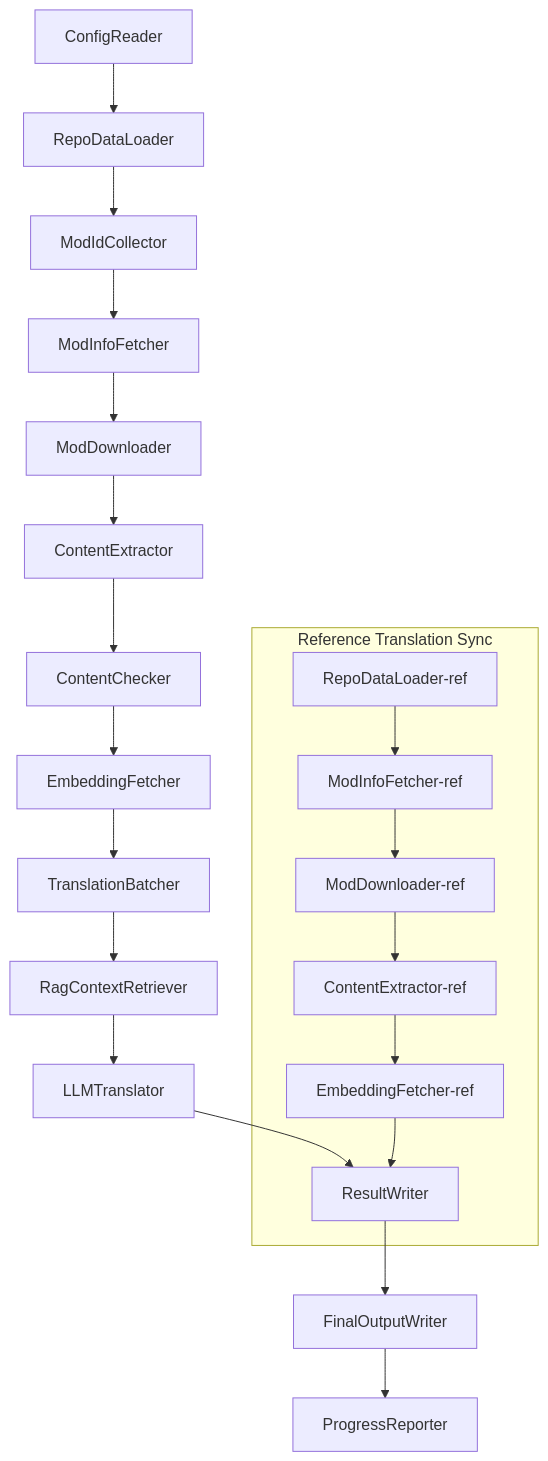
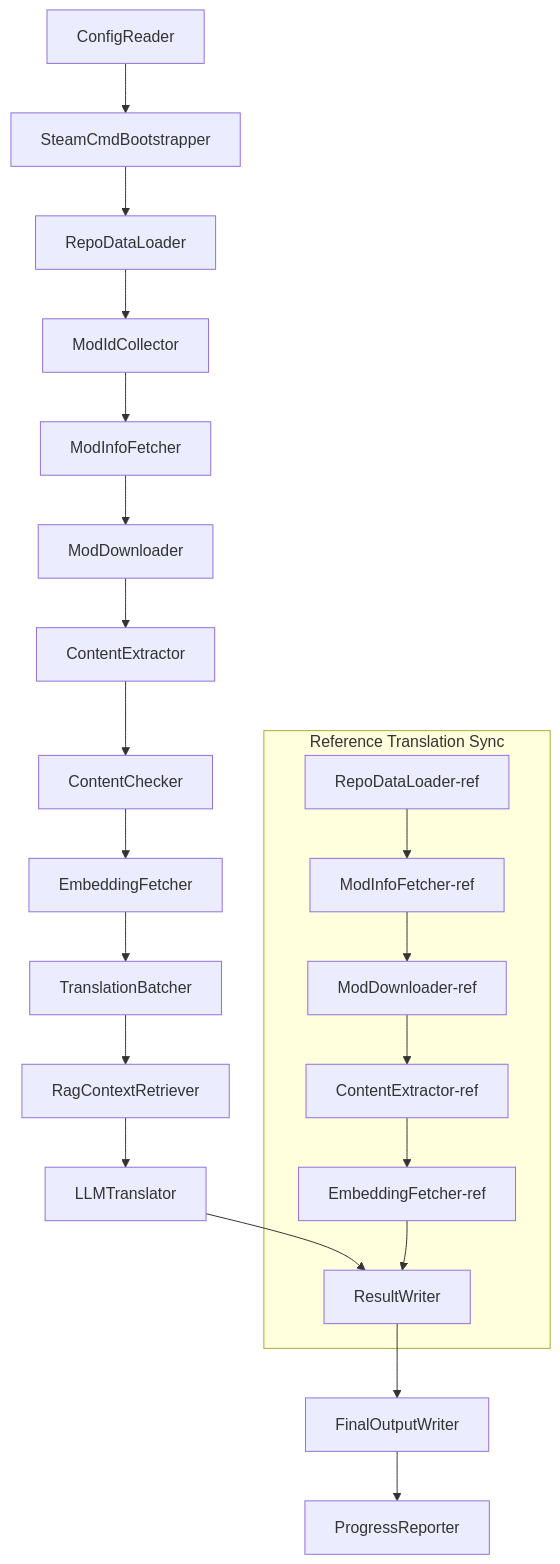
One commit to PZProjectBabel/project_babel changed the diagram in docs/technical_reference/technical_reference_en.md. Above: the diagram before and after it, drawn with Mermaid. The commit also changed other lines of this file and 14 other files, not shown here.

````diff
--- a/docs/technical_reference/technical_reference_en.md
+++ b/docs/technical_reference/technical_reference_en.md
@@ -96,24 +125,25 @@
 ```mermaid
 flowchart TD
-    A[ConfigReader] --> B[RepoDataLoader]
-    B --> C[ModIdCollector]
-    C --> D[ModInfoFetcher]
-    D --> E[ModDownloader]
-    E --> F[ContentExtractor]
-    F --> G[ContentChecker]
-    G --> H[EmbeddingFetcher]
-    H --> I[TranslationBatcher]
-    I --> J[RagContextRetriever]
-    J --> K[LLMTranslator]
-    K --> L[ResultWriter]
-    L --> M[FinalOutputWriter]
-    M --> N[ProgressReporter]
+  A[ConfigReader] --> B[SteamCmdBootstrapper]
+  B --> C[RepoDataLoader]
+  C --> D[ModIdCollector]
+  D --> E[ModInfoFetcher]
+  E --> F[ModDownloader]
+  F --> G[ContentExtractor]
+  G --> H[ContentChecker]
+  H --> I[EmbeddingFetcher]
+  I --> J[TranslationBatcher]
+  J --> K[RagContextRetriever]
+  K --> L[LLMTranslator]
+  L --> M[ResultWriter]
+  M --> N[FinalOutputWriter]
+  N --> O[ProgressReporter]
 
-    subgraph Reference Translation Sync
-        B2[RepoDataLoader-ref] --> D2[ModInfoFetcher-ref]
-        D2 --> E2[ModDownloader-ref]
-        E2 --> F2[ContentExtractor-ref]
-        F2 --> H2[EmbeddingFetcher-ref]
-        H2 --> L
-    end
+subgraph Reference Translation Sync
+C2[RepoDataLoader-ref] --> E2[ModInfoFetcher-ref]
+E2 --> F2[ModDownloader-ref]
+F2 --> G2[ContentExtractor-ref]
+G2 --> I2[EmbeddingFetcher-ref]
+I2 --> M
+end
 ```
````
